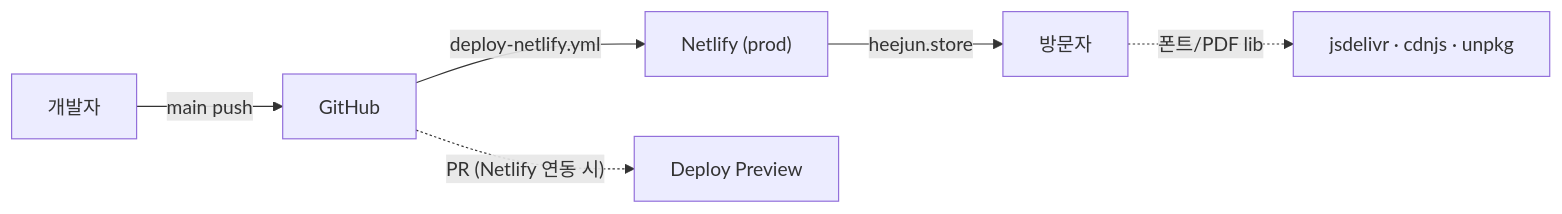
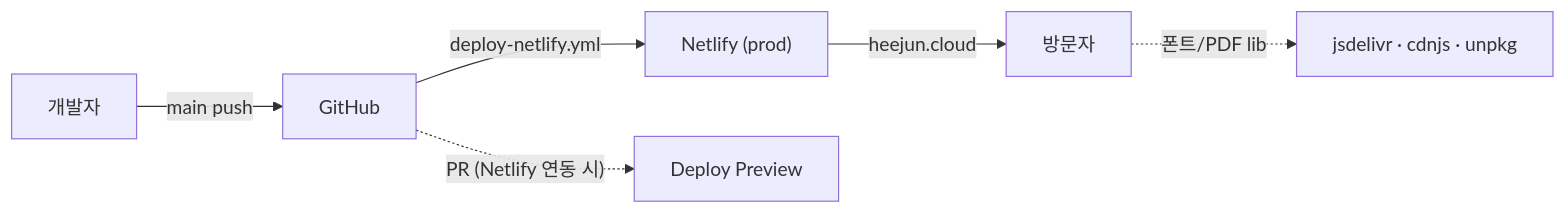
The diagram in docs/DEPLOYMENT.md (blue45f/heejun), drawn with Mermaid before and after one commit. The commit also changed other lines of this file and 24 other files, not shown here.

````diff
--- a/docs/DEPLOYMENT.md
+++ b/docs/DEPLOYMENT.md
@@ -28,8 +28,8 @@
 ```mermaid
 flowchart LR
   Dev["개발자"] -->|"main push"| GH["GitHub"]
   GH -->|"deploy-netlify.yml"| NF["Netlify (prod)"]
   GH -.->|"PR (Netlify 연동 시)"| Preview["Deploy Preview"]
-  NF -->|"heejun.store"| User["방문자"]
+  NF -->|"heejun.cloud"| User["방문자"]
   User -.->|"폰트/PDF lib"| CDN["jsdelivr · cdnjs · unpkg"]
 ```
````
